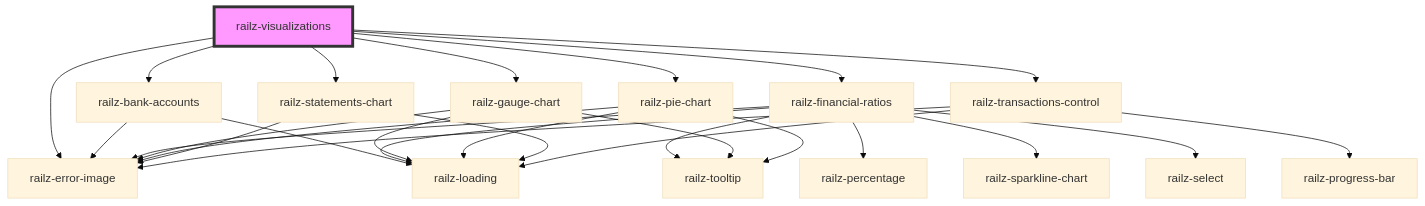
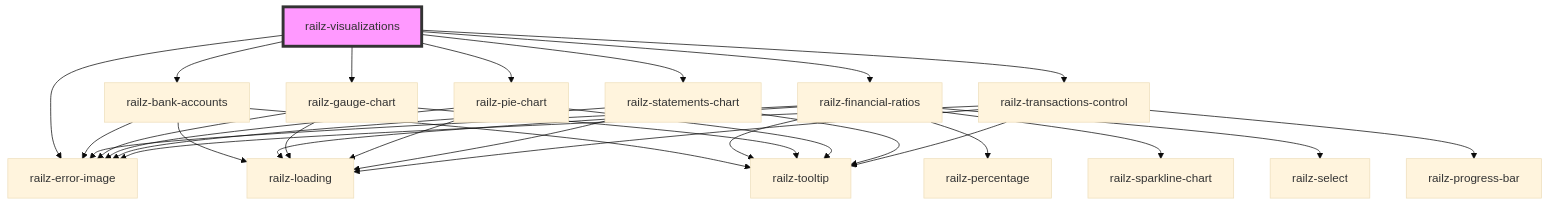
One commit to railz-ai/railz-visualizations changed the diagram in packages/components/src/elements/core/readme.md. Above: the diagram before and after it, drawn with Mermaid (base theme). The commit also changed 11 other files, not shown here.

````diff
--- a/packages/components/src/elements/core/readme.md
+++ b/packages/components/src/elements/core/readme.md
@@ -27,30 +27,33 @@
 ```mermaid
 graph TD;
   railz-visualizations --> railz-error-image
   railz-visualizations --> railz-bank-accounts
   railz-visualizations --> railz-financial-ratios
   railz-visualizations --> railz-gauge-chart
   railz-visualizations --> railz-pie-chart
   railz-visualizations --> railz-statements-chart
   railz-visualizations --> railz-transactions-control
   railz-bank-accounts --> railz-error-image
   railz-bank-accounts --> railz-loading
+  railz-bank-accounts --> railz-tooltip
   railz-financial-ratios --> railz-error-image
   railz-financial-ratios --> railz-loading
   railz-financial-ratios --> railz-tooltip
   railz-financial-ratios --> railz-percentage
   railz-financial-ratios --> railz-sparkline-chart
   railz-financial-ratios --> railz-select
   railz-gauge-chart --> railz-error-image
   railz-gauge-chart --> railz-loading
   railz-gauge-chart --> railz-tooltip
   railz-pie-chart --> railz-error-image
   railz-pie-chart --> railz-loading
   railz-pie-chart --> railz-tooltip
   railz-statements-chart --> railz-error-image
   railz-statements-chart --> railz-loading
+  railz-statements-chart --> railz-tooltip
   railz-transactions-control --> railz-error-image
   railz-transactions-control --> railz-loading
   railz-transactions-control --> railz-progress-bar
+  railz-transactions-control --> railz-tooltip
   style railz-visualizations fill:#f9f,stroke:#333,stroke-width:4px
 ```
````
